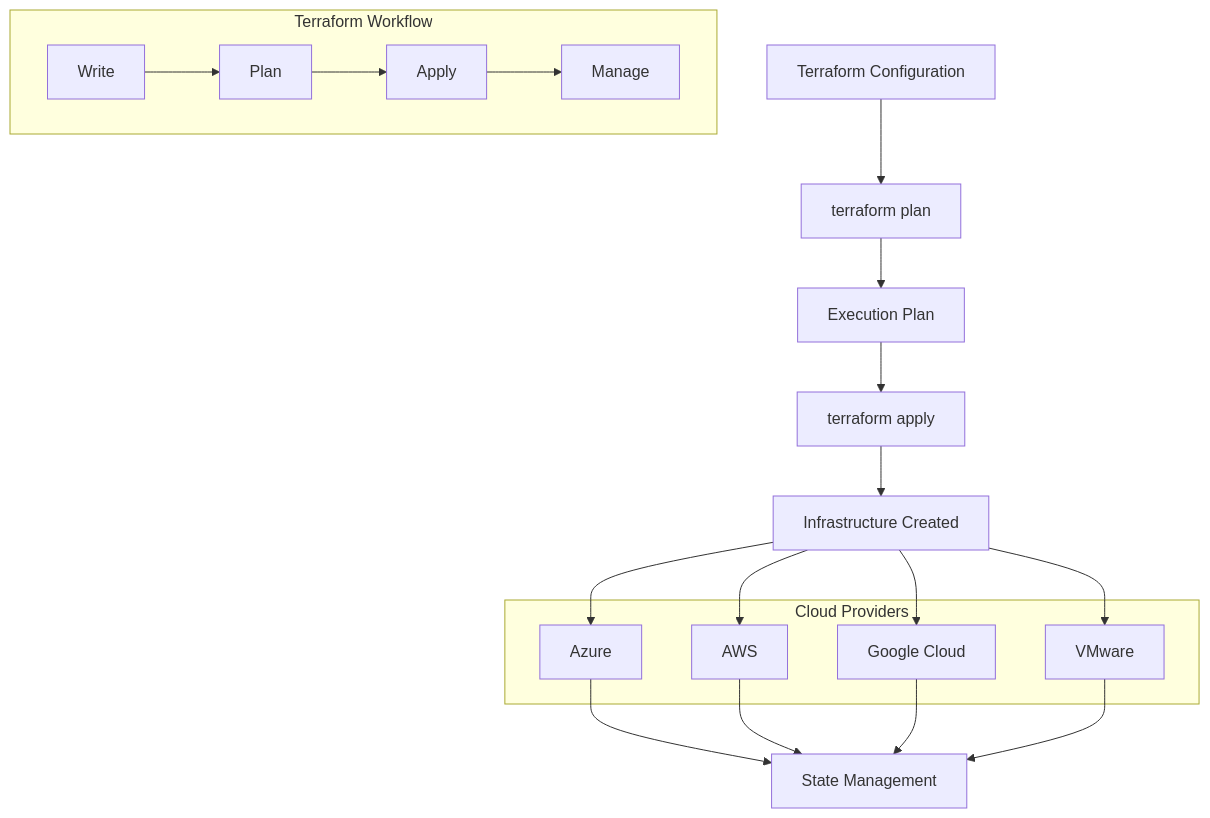
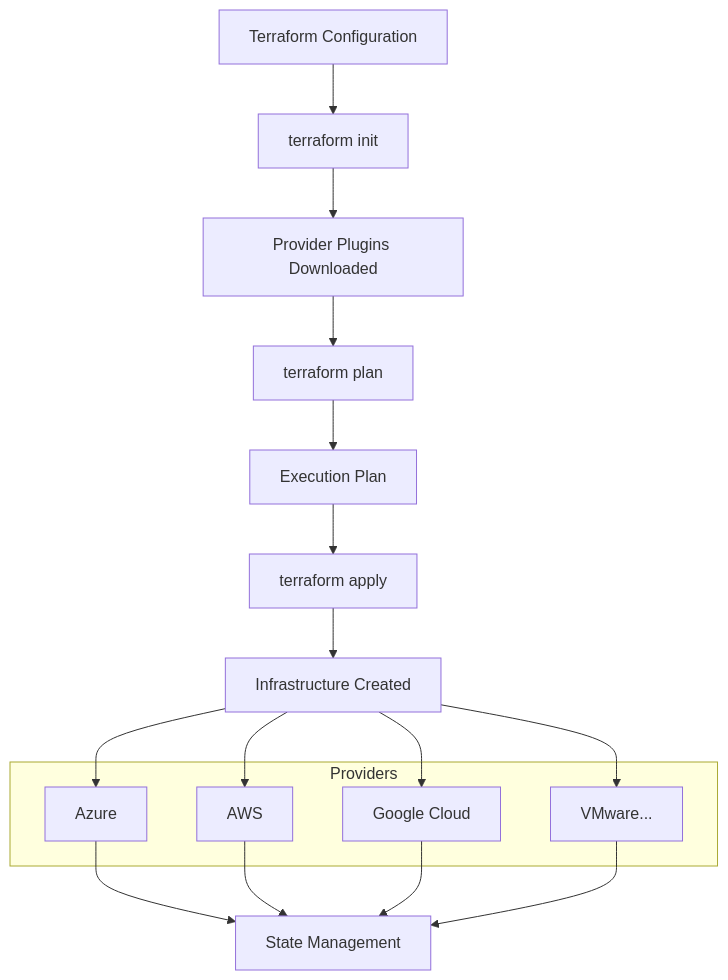
The first of 9 diagrams in docs/Workshop-1-Modern-DevOps-IaC-Essentials/content/04-terraform-basics.md (lrivallain/ms-alz-workshop), drawn with Mermaid before and after one commit. The commit also changed other lines of this file and 3 other files, not shown here.

````diff
--- a/docs/Workshop-1-Modern-DevOps-IaC-Essentials/content/04-terraform-basics.md
+++ b/docs/Workshop-1-Modern-DevOps-IaC-Essentials/content/04-terraform-basics.md
@@ -13,30 +13,26 @@
 ```mermaid
 graph TB
-    A[Terraform Configuration] --> B[terraform plan]
-    B --> C[Execution Plan]
-    C --> D[terraform apply]
-    D --> E[Infrastructure Created]
+    A[Terraform Configuration] --> B[terraform init]
+    B --> C[Provider Plugins Downloaded]
+    C --> D[terraform plan]
+    D --> E[Execution Plan]
+    E --> F[terraform apply]
+    F --> G[Infrastructure Created]
 
-    subgraph "Terraform Workflow"
-        F[Write] --> G[Plan]
-        G --> H[Apply]
-        H --> I[Manage]
-    end
-
-    subgraph "Cloud Providers"
+    subgraph "Providers"
         J[Azure]
         K[AWS]
         L[Google Cloud]
-        M[VMware]
+        M[VMware...]
     end
 
-    E --> J
-    E --> K
-    E --> L
-    E --> M
+    G --> J
+    G --> K
+    G --> L
+    G --> M
 
     J --> O[State Management]
     K --> O
     L --> O
     M --> O
 ```
````
